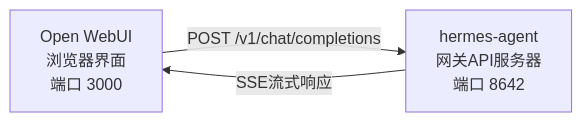
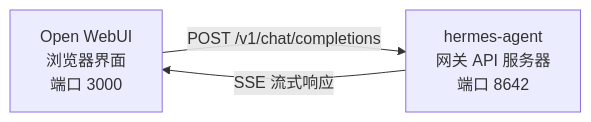
One commit to renxia/hermes-agent-docs changed the diagram in i18n/zh-CN/docusaurus-plugin-content-docs/current/user-guide/messaging/open-webui.md. Above: the diagram before and after it, drawn with Mermaid. The commit also changed other lines of this file and 445 other files, not shown here.

````diff
--- a/i18n/zh-CN/docusaurus-plugin-content-docs/current/user-guide/messaging/open-webui.md
+++ b/i18n/zh-CN/docusaurus-plugin-content-docs/current/user-guide/messaging/open-webui.md
@@ -13,7 +13,7 @@
 ```mermaid
 flowchart LR
     A["Open WebUI<br/>浏览器界面<br/>端口 3000"]
-    B["hermes-agent<br/>网关API服务器<br/>端口 8642"]
+    B["hermes-agent<br/>网关 API 服务器<br/>端口 8642"]
     A -->|POST /v1/chat/completions| B
-    B -->|SSE流式响应| A
+    B -->|SSE 流式响应| A
 ```
````
